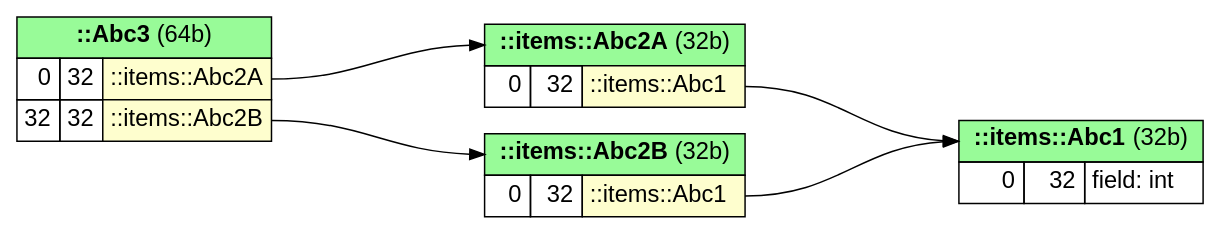
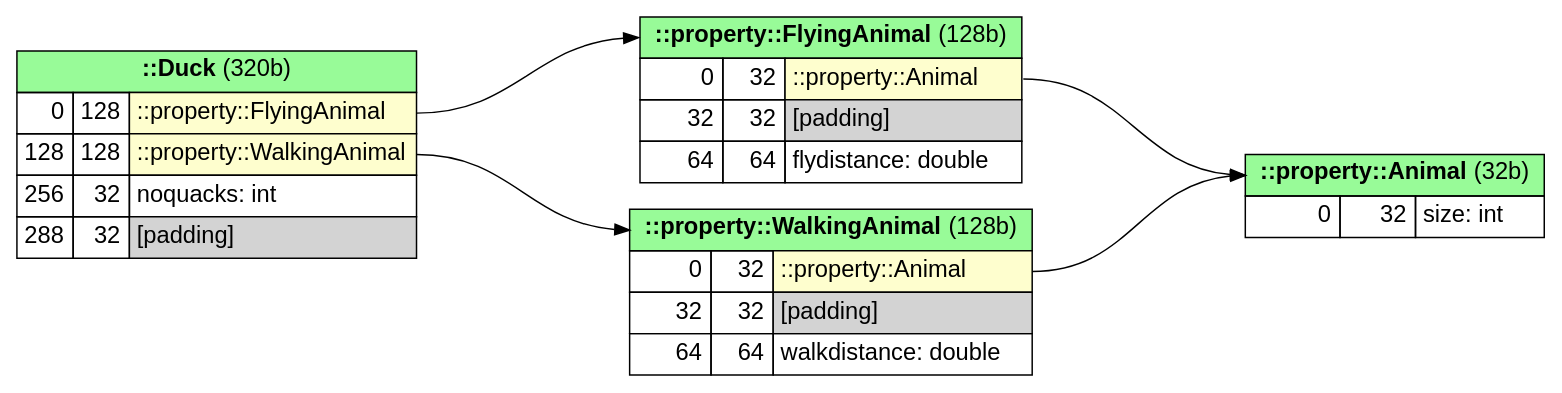
The diagram in examples/inheritgraph/inherit_diamond1.cpp.memlay.dot (anetczuk/gcc-uml), drawn with Graphviz before and after one commit. The commit also changed 8 other files, not shown here.

```diff
--- a/examples/inheritgraph/inherit_diamond1.cpp.memlay.dot
+++ b/examples/inheritgraph/inherit_diamond1.cpp.memlay.dot
@@ -1,66 +1,72 @@
 digraph memory_layout {
 
 fontname="Helvetica,Arial,sans-serif"
 node [fontname="Helvetica,Arial,sans-serif"]
 edge [fontname="Helvetica,Arial,sans-serif"]
 
 graph [
     rankdir = "LR"
 ];
 node [
     fontsize = "16"
     shape = "record"
 ];
 
 ranksep = 2
 
 
 # items subgraph
 {
 
-    "-Abc3" [
+    "-Duck" [
         shape=plain
         label=
         <<table border="0" cellborder="1" cellspacing="0" cellpadding="4">
-            <tr> <td colspan="3" bgcolor="PaleGreen" port='-1'> <b>::Abc3</b>  (64b)</td> </tr>
-            <tr> <td align="right" port='in_0'>0</td> <td align="right">32</td> <td align="left" bgcolor='#FEFECE' port='out_0'>::items::Abc2A</td> </tr>
-            <tr> <td align="right" port='in_1'>32</td> <td align="right">32</td> <td align="left" bgcolor='#FEFECE' port='out_1'>::items::Abc2B</td> </tr>
+            <tr> <td colspan="3" bgcolor="PaleGreen" port='-1'> <b>::Duck</b>  (320b)</td> </tr>
+            <tr> <td align="right" port='in_0'>0</td> <td align="right">128</td> <td align="left" bgcolor='#FEFECE' port='out_0'>::property::FlyingAnimal</td> </tr>
+            <tr> <td align="right" port='in_1'>128</td> <td align="right">128</td> <td align="left" bgcolor='#FEFECE' port='out_1'>::property::WalkingAnimal</td> </tr>
+            <tr> <td align="right" port='in_2'>256</td> <td align="right">32</td> <td align="left" port='out_2'>noquacks: int</td> </tr>
+            <tr> <td align="right" port='in_3'>288</td> <td align="right">32</td> <td align="left" bgcolor='lightgray' port='out_3'>[padding]</td> </tr>
         </table>>
     ]
 
-    "-items-Abc2B" [
+    "-property-WalkingAnimal" [
         shape=plain
         label=
         <<table border="0" cellborder="1" cellspacing="0" cellpadding="4">
-            <tr> <td colspan="3" bgcolor="PaleGreen" port='-1'> <b>::items::Abc2B</b>  (32b)</td> </tr>
-            <tr> <td align="right" port='in_0'>0</td> <td align="right">32</td> <td align="left" bgcolor='#FEFECE' port='out_0'>::items::Abc1</td> </tr>
+            <tr> <td colspan="3" bgcolor="PaleGreen" port='-1'> <b>::property::WalkingAnimal</b>  (128b)</td> </tr>
+            <tr> <td align="right" port='in_0'>0</td> <td align="right">32</td> <td align="left" bgcolor='#FEFECE' port='out_0'>::property::Animal</td> </tr>
+            <tr> <td align="right" port='in_1'>32</td> <td align="right">32</td> <td align="left" bgcolor='lightgray' port='out_1'>[padding]</td> </tr>
+            <tr> <td align="right" port='in_2'>64</td> <td align="right">64</td> <td align="left" port='out_2'>walkdistance: double</td> </tr>
         </table>>
     ]
 
-    "-items-Abc2A" [
+    "-property-FlyingAnimal" [
         shape=plain
         label=
         <<table border="0" cellborder="1" cellspacing="0" cellpadding="4">
-            <tr> <td colspan="3" bgcolor="PaleGreen" port='-1'> <b>::items::Abc2A</b>  (32b)</td> </tr>
-            <tr> <td align="right" port='in_0'>0</td> <td align="right">32</td> <td align="left" bgcolor='#FEFECE' port='out_0'>::items::Abc1</td> </tr>
+            <tr> <td colspan="3" bgcolor="PaleGreen" port='-1'> <b>::property::FlyingAnimal</b>  (128b)</td> </tr>
+            <tr> <td align="right" port='in_0'>0</td> <td align="right">32</td> <td align="left" bgcolor='#FEFECE' port='out_0'>::property::Animal</td> </tr>
+            <tr> <td align="right" port='in_1'>32</td> <td align="right">32</td> <td align="left" bgcolor='lightgray' port='out_1'>[padding]</td> </tr>
+            <tr> <td align="right" port='in_2'>64</td> <td align="right">64</td> <td align="left" port='out_2'>flydistance: double</td> </tr>
         </table>>
     ]
 
-    "-items-Abc1" [
+    "-property-Animal" [
         shape=plain
         label=
         <<table border="0" cellborder="1" cellspacing="0" cellpadding="4">
-            <tr> <td colspan="3" bgcolor="PaleGreen" port='-1'> <b>::items::Abc1</b>  (32b)</td> </tr>
-            <tr> <td align="right" port='in_0'>0</td> <td align="right">32</td> <td align="left" port='out_0'>field: int</td> </tr>
+            <tr> <td colspan="3" bgcolor="PaleGreen" port='-1'> <b>::property::Animal</b>  (32b)</td> </tr>
+            <tr> <td align="right" port='in_0'>0</td> <td align="right">32</td> <td align="left" port='out_0'>size: int</td> </tr>
         </table>>
     ]
 
 
-    "-Abc3":"out_0" -> "-items-Abc2A":"-1"
-    "-Abc3":"out_1" -> "-items-Abc2B":"-1"
-    "-items-Abc2B":"out_0" -> "-items-Abc1":"-1"
-    "-items-Abc2A":"out_0" -> "-items-Abc1":"-1"
+    "-Duck":"out_0" -> "-property-FlyingAnimal":"-1"
+    "-Duck":"out_1" -> "-property-WalkingAnimal":"-1"
+    "-property-WalkingAnimal":"out_0" -> "-property-Animal":"-1"
+    "-property-FlyingAnimal":"out_0" -> "-property-Animal":"-1"
 
 }  # end of items subgraph
 
 }  # end of graph
```
